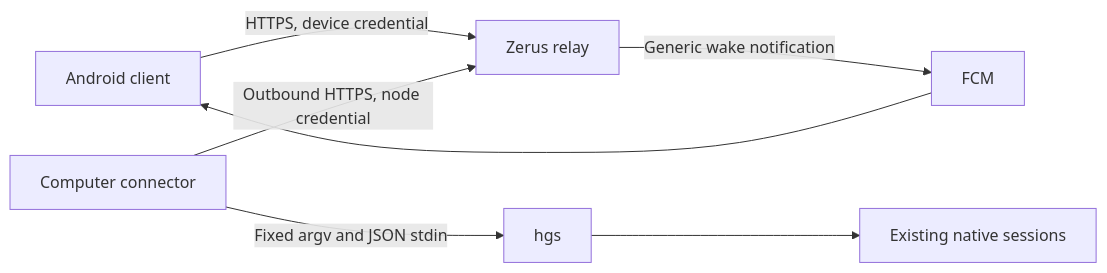
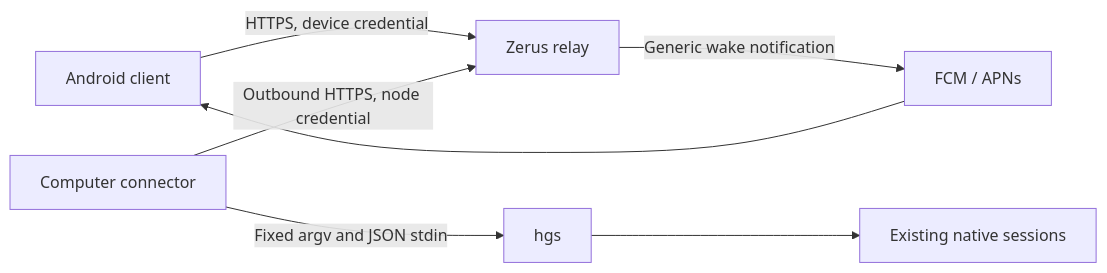
Before and after one commit to BigGreenDelta/zerus: the diagram in docs/mobile-architecture.md, drawn with Mermaid. The commit also changed other lines of this file and 9 other files, not shown here.

First line of the commit message:
Deliver generic iOS wakes through APNs from the Rust relay

````diff
--- a/docs/mobile-architecture.md
+++ b/docs/mobile-architecture.md
@@ -28,9 +28,9 @@
 ```mermaid
 flowchart LR
     A[Android client] -->|HTTPS, device credential| R[Zerus relay]
     C[Computer connector] -->|Outbound HTTPS, node credential| R
     C -->|Fixed argv and JSON stdin| H[hgs]
     H --> N[Existing native sessions]
-    R -->|Generic wake notification| P[FCM]
+    R -->|Generic wake notification| P[FCM / APNs]
     P --> A
 ```
````
